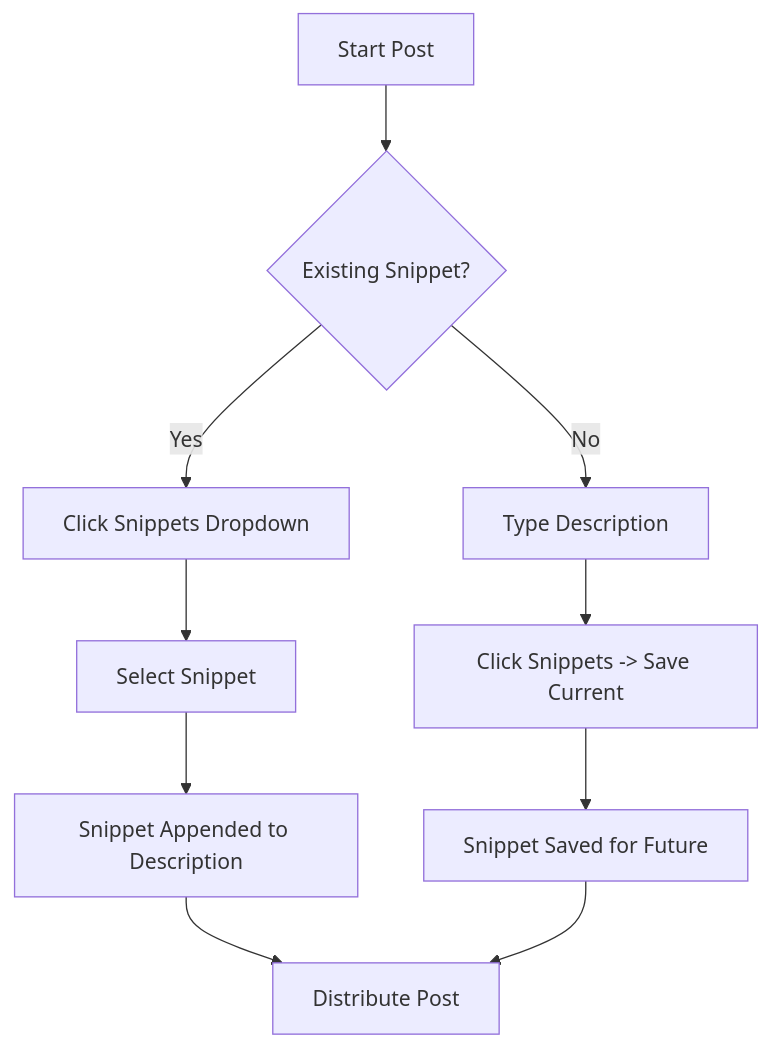
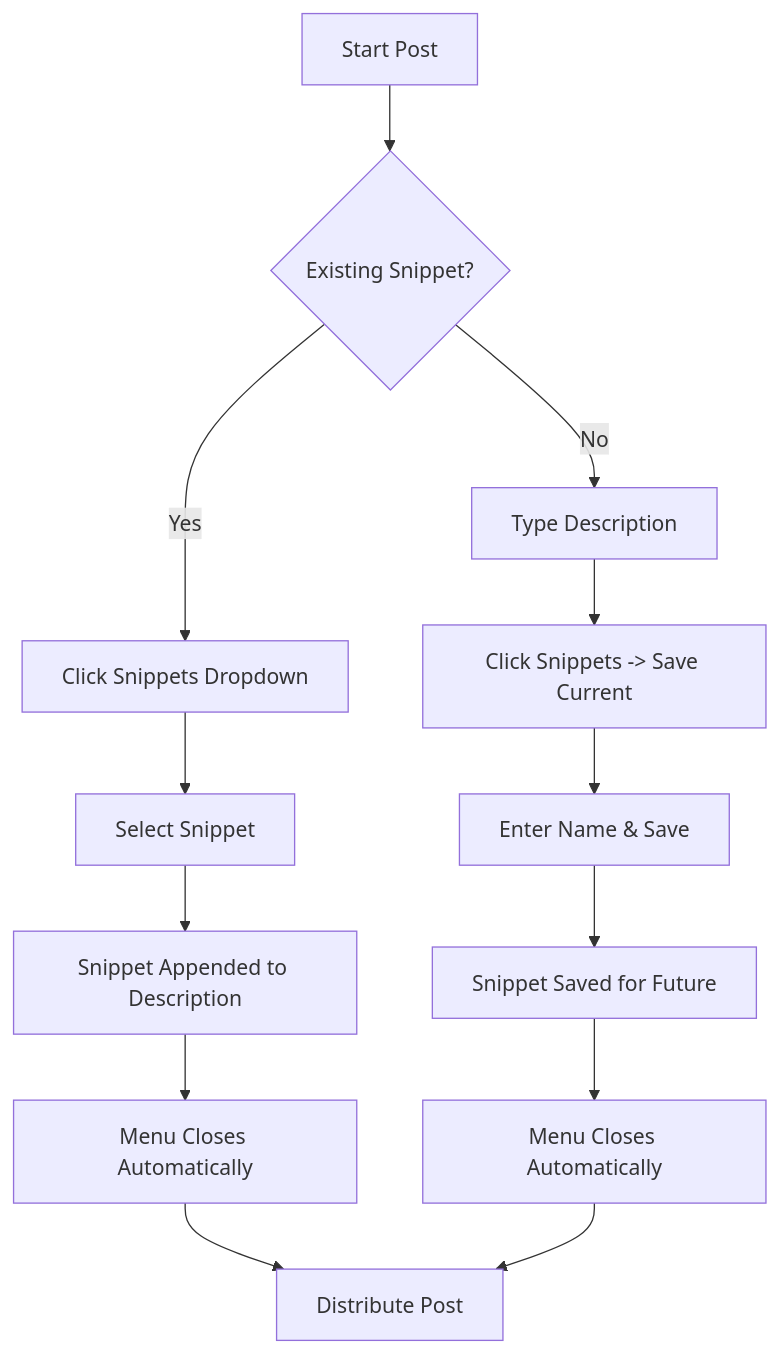
The diagram in docs/features/METADATA_TEMPLATES.md (thoufeeque22/social-studio-app), drawn with Mermaid before and after one commit. The commit also changed other lines of this file and 2 other files, not shown here.

Commit message:
docs: sync architecture and feature blueprints for snippets UX

````diff
--- a/docs/features/METADATA_TEMPLATES.md
+++ b/docs/features/METADATA_TEMPLATES.md
@@ -41,12 +60,15 @@
 ```mermaid
 graph TD
     A[Start Post] --> B{Existing Snippet?}
     B -- Yes --> C[Click Snippets Dropdown]
     C --> D[Select Snippet]
     D --> E[Snippet Appended to Description]
+    E --> J[Menu Closes Automatically]
     B -- No --> F[Type Description]
     F --> G[Click Snippets -> Save Current]
-    G --> H[Snippet Saved for Future]
-    E --> I[Distribute Post]
-    H --> I
+    G --> H[Enter Name & Save]
+    H --> I[Snippet Saved for Future]
+    I --> K[Menu Closes Automatically]
+    J --> L[Distribute Post]
+    K --> L
 ```
````
